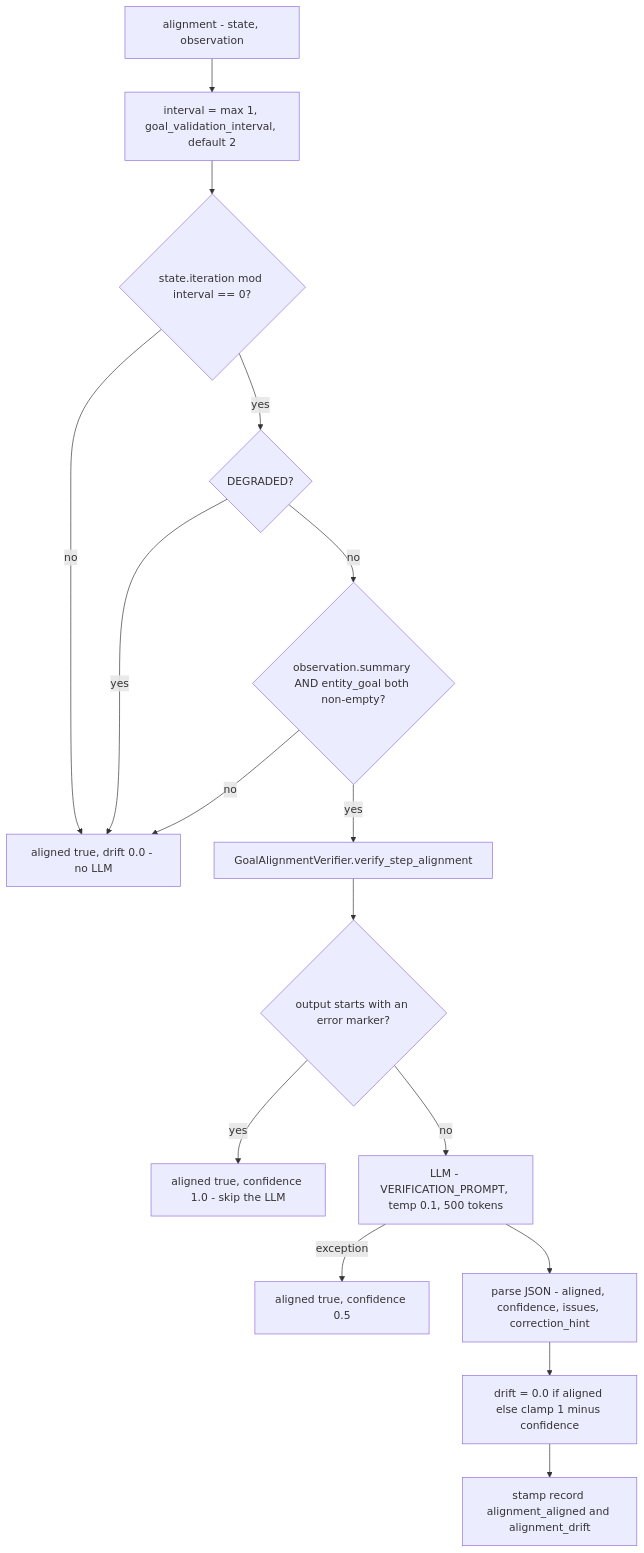
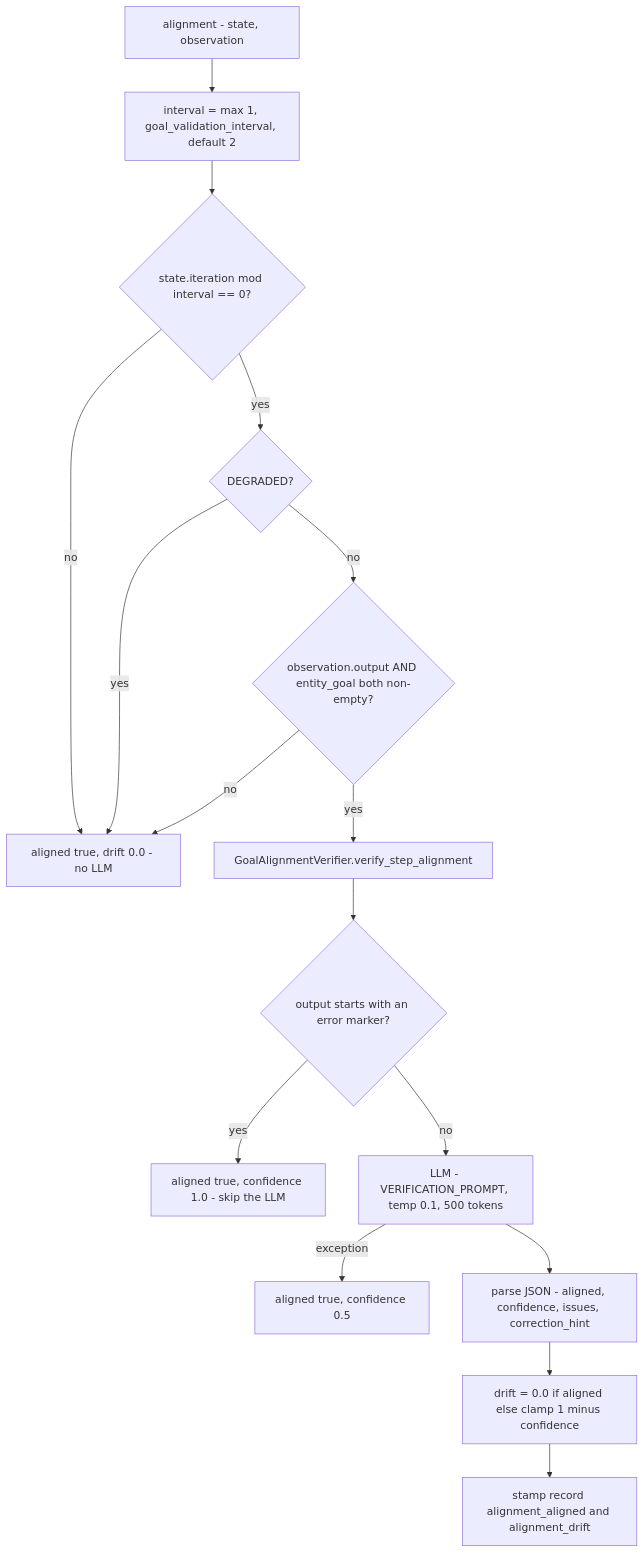
Before and after one commit to gondolerahul/hire-buddha-app: diagram 17 of 27 in docs/current/07-planning-and-critics.md, drawn with Mermaid. The commit also changed other lines of this file and 12 other files, not shown here.

````diff
--- a/docs/current/07-planning-and-critics.md
+++ b/docs/current/07-planning-and-critics.md
@@ -1321,18 +1321,18 @@
 ```mermaid
 flowchart TD
     A["alignment - state, observation"] --> B["interval = max 1, goal_validation_interval, default 2"]
     B --> C{"state.iteration mod interval == 0?"}
     C -->|no| PASS["aligned true, drift 0.0 - no LLM"]
     C -->|yes| D{"DEGRADED?"}
     D -->|yes| PASS
-    D -->|no| E{"observation.summary AND entity_goal both non-empty?"}
+    D -->|no| E{"observation.output AND entity_goal both non-empty?"}
     E -->|no| PASS
     E -->|yes| F["GoalAlignmentVerifier.verify_step_alignment"]
     F --> G{"output starts with an error marker?"}
     G -->|yes| PASS2["aligned true, confidence 1.0 - skip the LLM"]
     G -->|no| H["LLM - VERIFICATION_PROMPT, temp 0.1, 500 tokens"]
     H -->|exception| PASS3["aligned true, confidence 0.5"]
     H --> I["parse JSON - aligned, confidence, issues, correction_hint"]
     I --> J["drift = 0.0 if aligned else clamp 1 minus confidence"]
     J --> K["stamp record alignment_aligned and alignment_drift"]
 ```
````
